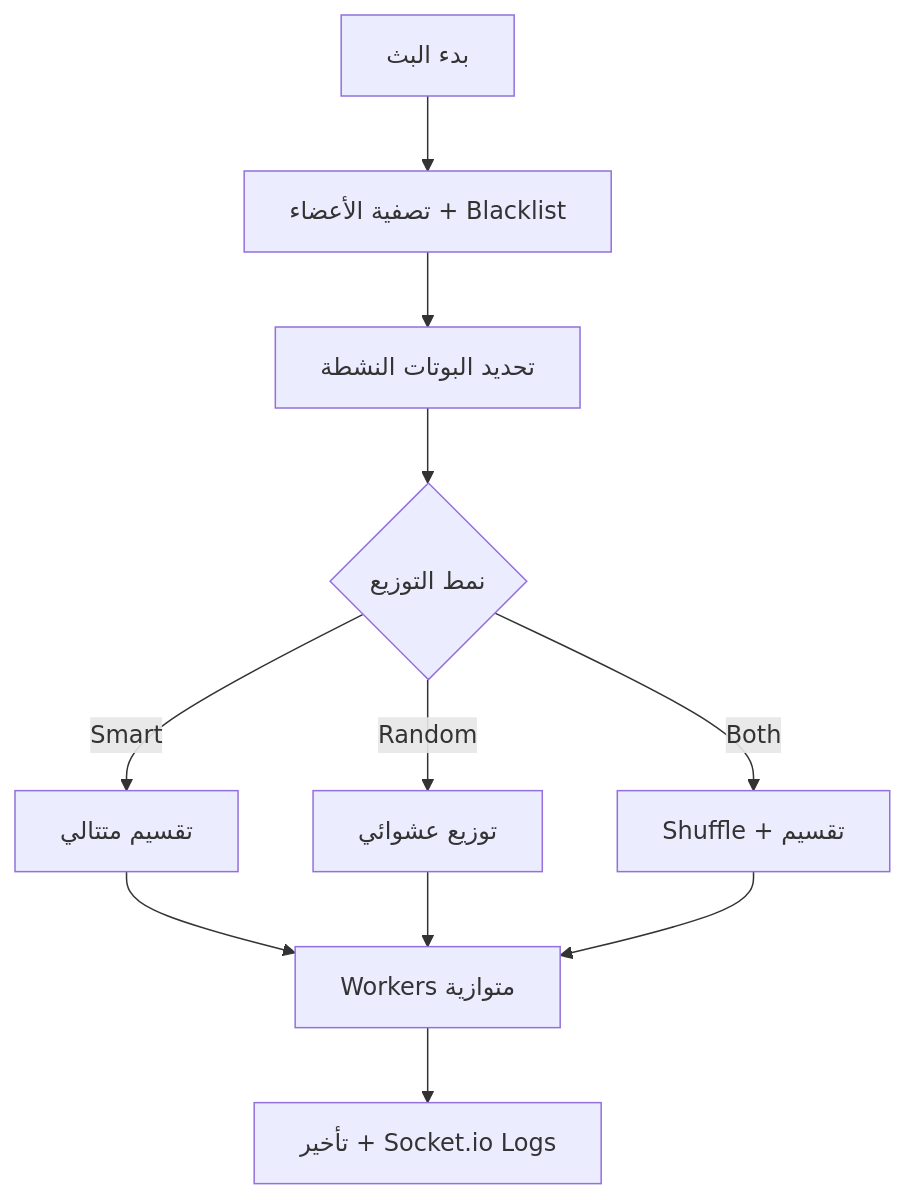
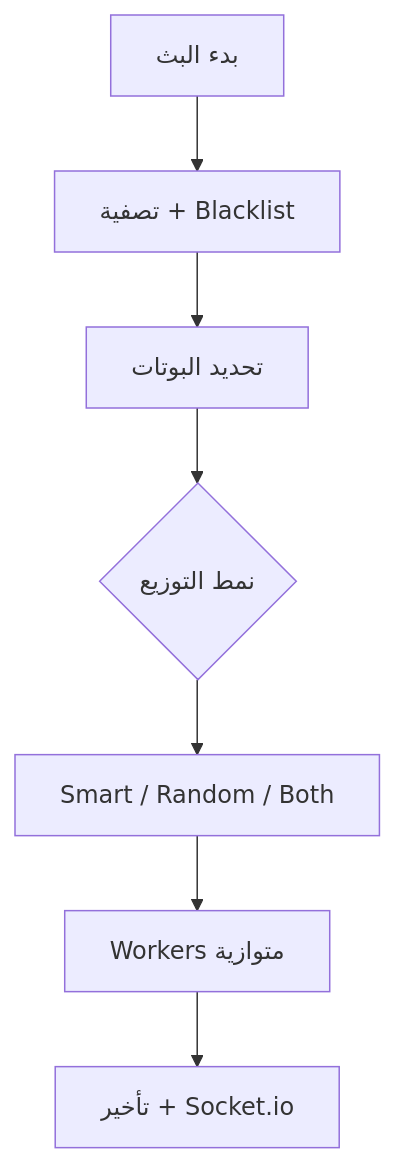
The diagram in README.md (kaennn9/Discord-Broadcast-System), drawn with Mermaid before and after one commit. The commit also changed other lines of this file, not shown here.

````diff
--- a/README.md
+++ b/README.md
@@ -111,13 +108,9 @@
 ```mermaid
 graph TD
-    A[بدء البث] --> B[تصفية الأعضاء + Blacklist]
-    B --> C[تحديد البوتات النشطة]
+    A[بدء البث] --> B[تصفية + Blacklist]
+    B --> C[تحديد البوتات]
     C --> D{نمط التوزيع}
-    D -->|Smart| E[تقسيم متتالي]
-    D -->|Random| F[توزيع عشوائي]
-    D -->|Both| G[Shuffle + تقسيم]
-    E --> H[Workers متوازية]
-    F --> H
-    G --> H
-    H --> I[تأخير + Socket.io Logs]
+    D --> E[Smart / Random / Both]
+    E --> F[Workers متوازية]
+    F --> G[تأخير + Socket.io]
 ```
````
